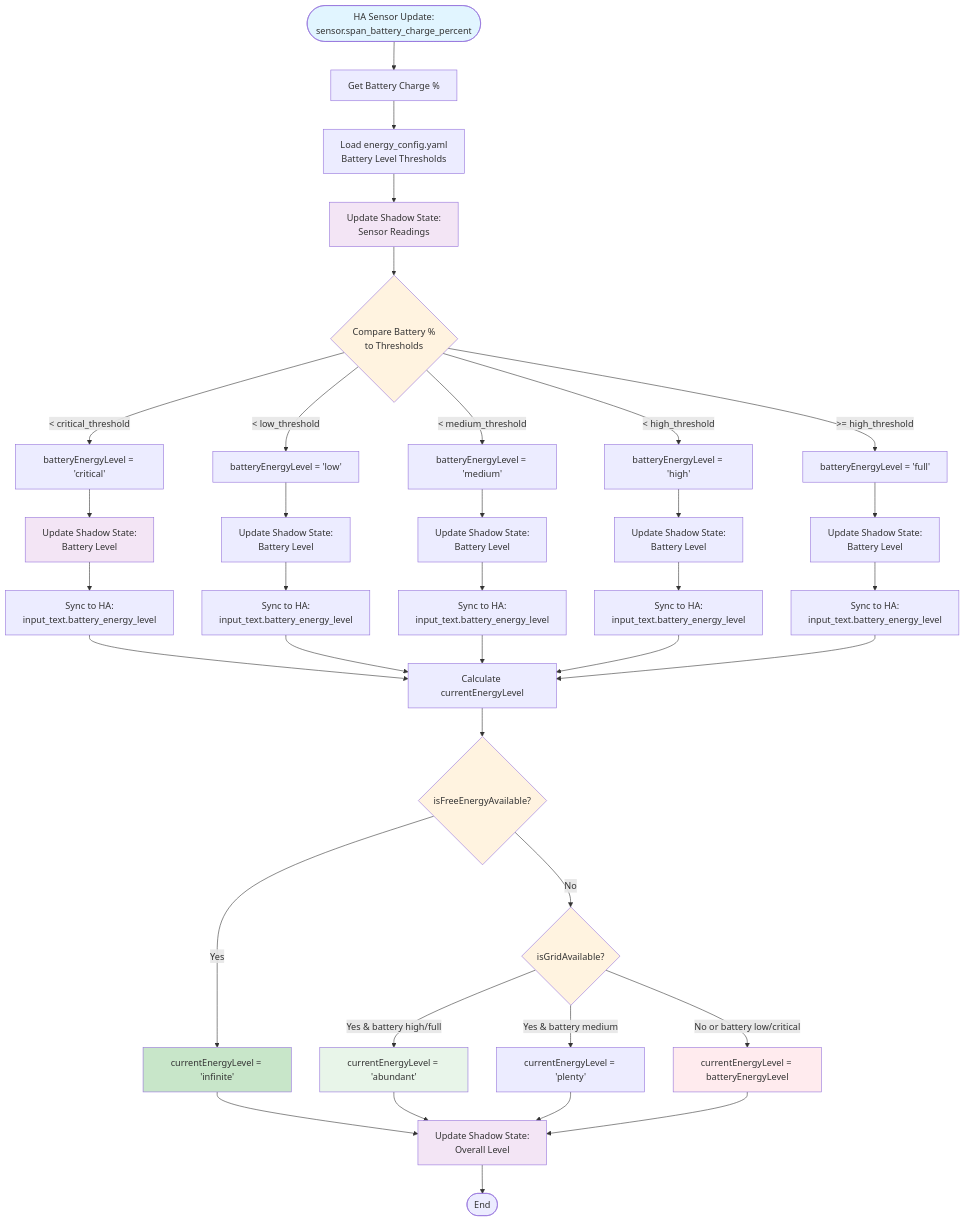
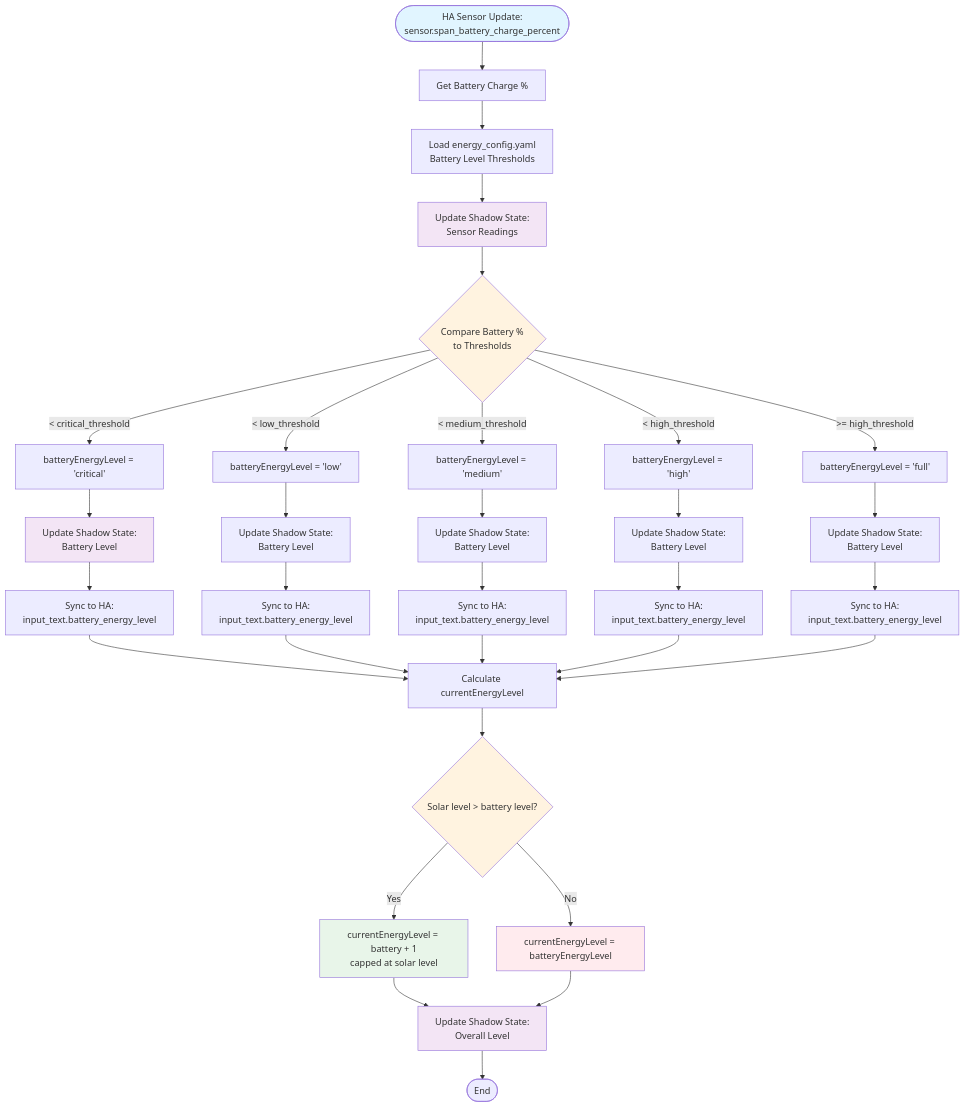
One commit to NickBorgers/home-automation changed diagram 13 of 14 in docs/human/VISUAL_ARCHITECTURE.md. Above: the diagram before and after it, drawn with Mermaid. The commit also changed other lines of this file and 18 other files, not shown here.

Commit message:
fix: remove scheduled free grid energy

````diff
--- a/docs/human/VISUAL_ARCHITECTURE.md
+++ b/docs/human/VISUAL_ARCHITECTURE.md
@@ -837,61 +837,53 @@
 ```mermaid
 flowchart TD
     Start([HA Sensor Update:<br/>sensor.span_battery_charge_percent]) --> GetBatteryPercent[Get Battery Charge %]
 
     GetBatteryPercent --> LoadConfig[Load energy_config.yaml<br/>Battery Level Thresholds]
 
     LoadConfig --> UpdateShadow1[Update Shadow State:<br/>Sensor Readings]
 
     UpdateShadow1 --> CheckLevels{Compare Battery %<br/>to Thresholds}
 
     CheckLevels -->|< critical_threshold| SetCritical[batteryEnergyLevel = 'critical']
     CheckLevels -->|< low_threshold| SetLow[batteryEnergyLevel = 'low']
     CheckLevels -->|< medium_threshold| SetMedium[batteryEnergyLevel = 'medium']
     CheckLevels -->|< high_threshold| SetHigh[batteryEnergyLevel = 'high']
     CheckLevels -->|>= high_threshold| SetFull[batteryEnergyLevel = 'full']
 
     SetCritical --> UpdateBattery1[Update Shadow State:<br/>Battery Level]
     SetLow --> UpdateBattery2[Update Shadow State:<br/>Battery Level]
     SetMedium --> UpdateBattery3[Update Shadow State:<br/>Battery Level]
     SetHigh --> UpdateBattery4[Update Shadow State:<br/>Battery Level]
     SetFull --> UpdateBattery5[Update Shadow State:<br/>Battery Level]
 
     UpdateBattery1 --> SyncToHA1[Sync to HA:<br/>input_text.battery_energy_level]
     UpdateBattery2 --> SyncToHA2[Sync to HA:<br/>input_text.battery_energy_level]
     UpdateBattery3 --> SyncToHA3[Sync to HA:<br/>input_text.battery_energy_level]
     UpdateBattery4 --> SyncToHA4[Sync to HA:<br/>input_text.battery_energy_level]
     UpdateBattery5 --> SyncToHA5[Sync to HA:<br/>input_text.battery_energy_level]
 
     SyncToHA1 --> CalculateCurrent
     SyncToHA2 --> CalculateCurrent
     SyncToHA3 --> CalculateCurrent
     SyncToHA4 --> CalculateCurrent
     SyncToHA5 --> CalculateCurrent
 
-    CalculateCurrent[Calculate currentEnergyLevel] --> CheckFreeEnergy{isFreeEnergyAvailable?}
+    CalculateCurrent[Calculate currentEnergyLevel] --> CompareSolar{Solar level > battery level?}
 
-    CheckFreeEnergy -->|Yes| SetInfinite[currentEnergyLevel = 'infinite']
-    CheckFreeEnergy -->|No| CheckGrid{isGridAvailable?}
+    CompareSolar -->|Yes| BoostSolar[currentEnergyLevel = battery + 1<br/>capped at solar level]
+    CompareSolar -->|No| UseBattery[currentEnergyLevel = batteryEnergyLevel]
 
-    CheckGrid -->|Yes & battery high/full| SetAbundant[currentEnergyLevel = 'abundant']
-    CheckGrid -->|Yes & battery medium| SetPlenty[currentEnergyLevel = 'plenty']
-    CheckGrid -->|No or battery low/critical| UseBattery[currentEnergyLevel = batteryEnergyLevel]
-
-    SetInfinite --> UpdateOverall[Update Shadow State:<br/>Overall Level]
-    SetAbundant --> UpdateOverall
-    SetPlenty --> UpdateOverall
+    BoostSolar --> UpdateOverall[Update Shadow State:<br/>Overall Level]
     UseBattery --> UpdateOverall
 
     UpdateOverall --> End([End])
 
     style Start fill:#e1f5ff
     style CheckLevels fill:#fff3e0
-    style CheckFreeEnergy fill:#fff3e0
-    style CheckGrid fill:#fff3e0
-    style SetInfinite fill:#c8e6c9
-    style SetAbundant fill:#e8f5e9
+    style CompareSolar fill:#fff3e0
+    style BoostSolar fill:#e8f5e9
     style UseBattery fill:#ffebee
     style UpdateShadow1 fill:#f3e5f5
     style UpdateBattery1 fill:#f3e5f5
     style UpdateOverall fill:#f3e5f5
 ```
````
